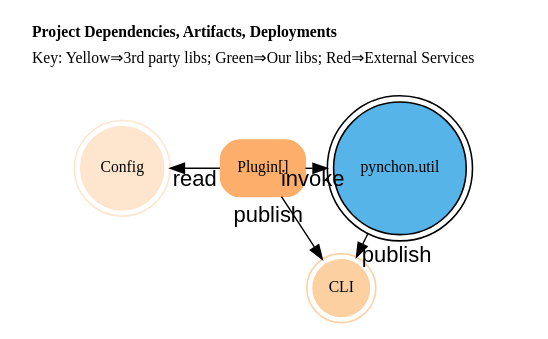
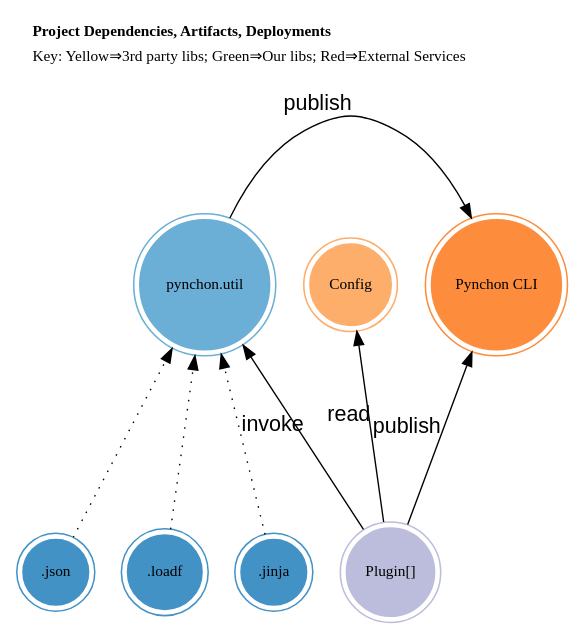
One commit to elo-enterprises/pynchon changed the diagram in docs/design.dot. Above: the diagram before and after it, drawn with Graphviz.

```diff
--- a/docs/design.dot
+++ b/docs/design.dot
@@ -1,68 +1,90 @@
 ////
 // This is a dot-file that contains the spec for a labeled digraph.
 // See also the docs here: https://graphviz.org/doc/info/lang.html
 ////
 digraph project_dependencies {
+    compound=true
+
     // Graph & cluster attributes
     graph [
         margin = 1
         //layout=circo
-        layout=neato
-        mode=hier
+        layout=dot
+        //mode=hier
         //ratio="fill"; size="4,3!";
         ratio=.7;
         compound = true // allows edges between clusters
-        fillcolor = white
+        //fillcolor = white
         fontname = verdana
         fontsize = 10
         labeljust = l // aligns label to the left
         labelloc = t // puts label at top of diagram
         newrank = true
         nodesep = .25 // separation between nodes in inches (default is 0.25
         overlap = false // prism is also interesting
-        rankdir = LR // LR (left-to-right) or TB (top-to-bottom)
-        ranksep = 0.5 // separation between ranks in inches (default is 0.5)
+        rankdir = TB // LR (left-to-right) or TB (top-to-bottom)
+        ranksep = 1.5 // separation between ranks in inches (default is 0.5)
         ratio = auto // aspect ratio. diagram is tighter when it is declared
         shape = box
         splines = true // uses curved lines to avoid nodes
-        style = "filled"
+        #style = "filled"
     ]
+
+
 
 
     // Node attributes
     node [
-        colorscheme=oranges9
         fontname = verdana
         fontsize = 10
         margin = "0.1, 0.05"
         shape = box
         style = "filled, rounded"
     ]
 
     // Edge attributes
     edge [ style=bold; fontname="Arial"; len=3.2; weight=.5; arrowsize = 0.9; color=black; penwidth = 0.9 ]
     label = <
         <table border="0" cellborder="0" cellspacing="0">
             <tr><td align="left"><b>Project Dependencies, Artifacts, Deployments</b></td></tr>
             <tr><td align="left">Key: Yellow⇒3rd party libs; Green⇒Our libs; Red⇒External Services</td></tr>
             <tr><td></td></tr>
             <tr><td></td></tr>
             <tr><td></td></tr>
         </table>
     >
+    subgraph iface {
+      graph [label="iface";]
+      node [shape=doublecircle colorscheme="oranges9"]
+      zconfig [color=4, label="Config"];
+      cli [color=5, label="Pynchon CLI"];
+      {plugin2} -> zconfig [xlabel="read"];
 
-    // Main graph Node declarations
-    plugin2 [color=4 label="Plugin[]"]; // green
-    zconfig [shape=doublecircle,color=2,label="Config"]; // blue
-    cli [shape=doublecircle, color=3, label="CLI"]; // blue
-    util [shape=doublecircle, fillcolor="#56B4E9", label="pynchon.util"]; // blue
+    }
 
-    // Main graph linkages
-    {plugin2} -> zconfig [xlabel="read"];
+    subgraph api {
+      graph [color=lightgrey; style=filled; label="util"; ]
+      node [colorscheme="blues9"; shape=doublecircle,]
+      util [color=5, label="pynchon.util"]; // blue
+      json [color=6, label=".json"];
+      loadf [color=6, label=".loadf"];
+      jinja [color=6, label=".jinja"];
+      {json} -> util [style="dotted"];
+      {jinja} -> util [len=3.8, style="dotted"];
+      {util} -> cli [xlabel="publish"];
+      {loadf} ->util [style="dotted"];
 
-    {plugin2} -> cli [xlabel="publish"];
-    {plugin2} -> util [xlabel="invoke"];
-    {util} -> cli [xlabel="publish"];
+    }
 
+    subgraph default {
+      graph []
+      plugin2 [color=4 colorscheme=purples9 color=4 label="Plugin[]"]; // green
+      {plugin2} -> cli [xlabel="publish"];
+      {plugin2} -> util [xlabel="invoke"];
+
+    }
+    { rank=min;cli;zconfig;util}
+    {rank=same;json;jinja;loadf;}
+    {rank=max;plugin2;}
 
 }
```
